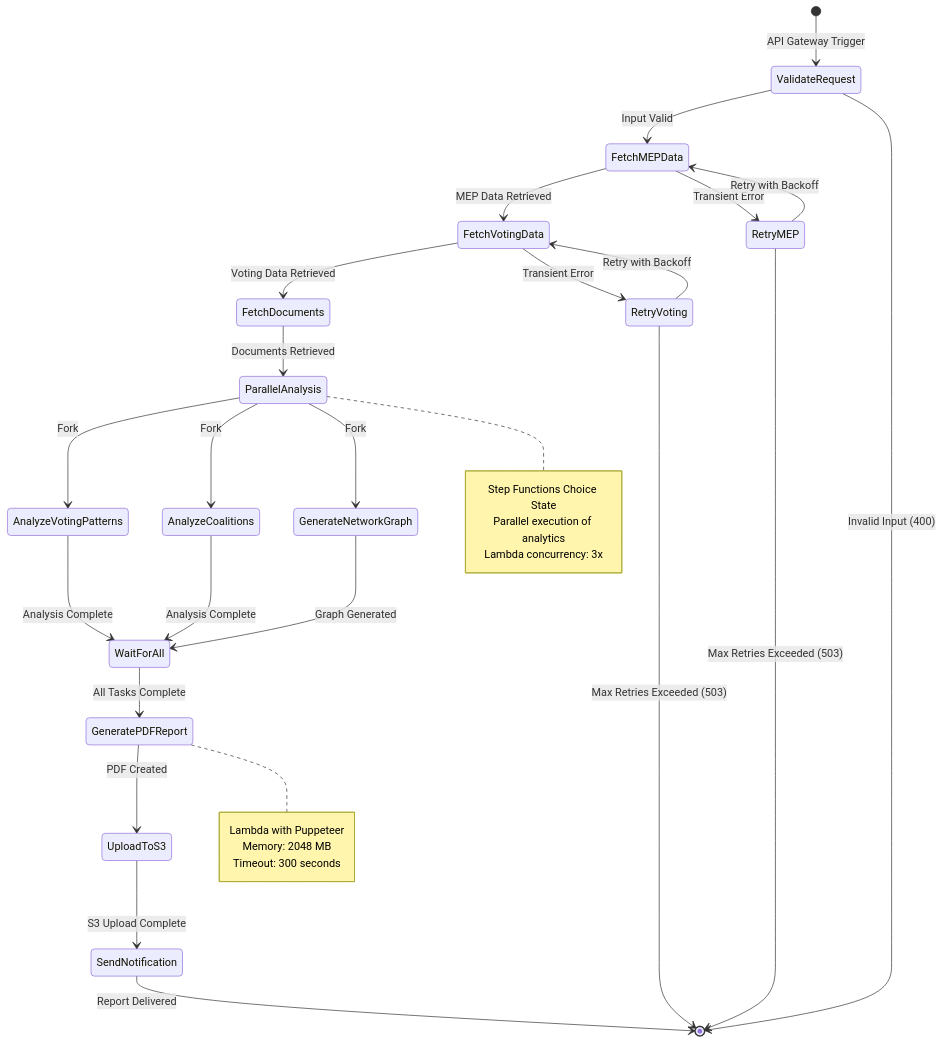
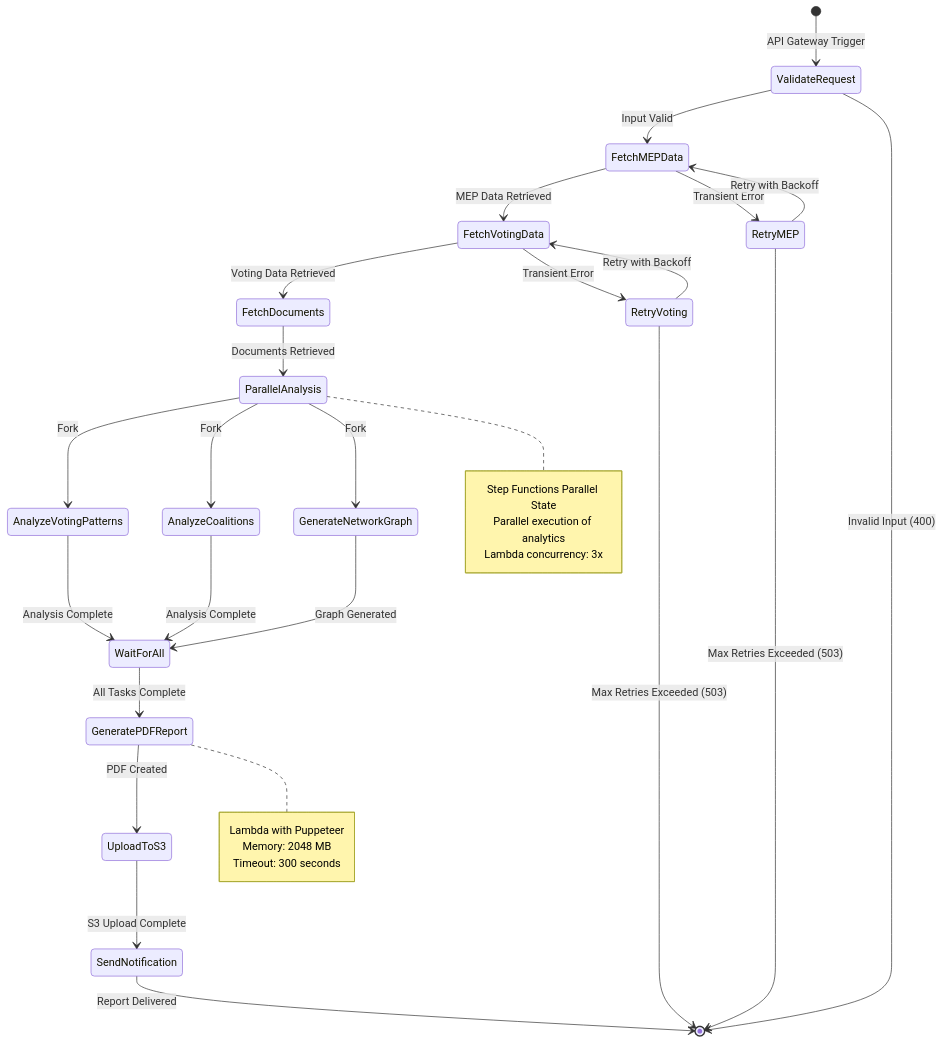
One commit to Hack23/European-Parliament-MCP-Server changed the ninth of 9 diagrams in FUTURE_FLOWCHART.md. Above: the diagram before and after it, drawn with Mermaid. The commit also changed 1 other file, not shown here.

Commit message:
docs: fix Zod schema and Step Functions state type in FUTURE_*.md
- FUTURE_DATA_MODEL.md: make `group` optional and add .refine() to
  ensure at least one of group/politicalGroup is present, so the
  backward-compat .transform() is reachable when only the deprecated
  field is supplied
- FUTURE_FLOWCHART.md: correct note label from 'Step Functions Choice
  State' to 'Step Functions Parallel State' to match the Parallel
  state type used in both the Mermaid diagram and the JSON definition

````diff
--- a/FUTURE_FLOWCHART.md
+++ b/FUTURE_FLOWCHART.md
@@ -394,43 +394,43 @@
 ```mermaid
 stateDiagram-v2
     [*] --> ValidateRequest: API Gateway Trigger
     ValidateRequest --> FetchMEPData: Input Valid
     ValidateRequest --> [*]: Invalid Input (400)
     
     FetchMEPData --> FetchVotingData: MEP Data Retrieved
     FetchMEPData --> RetryMEP: Transient Error
     RetryMEP --> FetchMEPData: Retry with Backoff
     RetryMEP --> [*]: Max Retries Exceeded (503)
     
     FetchVotingData --> FetchDocuments: Voting Data Retrieved
     FetchVotingData --> RetryVoting: Transient Error
     RetryVoting --> FetchVotingData: Retry with Backoff
     RetryVoting --> [*]: Max Retries Exceeded (503)
     
     FetchDocuments --> ParallelAnalysis: Documents Retrieved
     
     ParallelAnalysis --> AnalyzeVotingPatterns: Fork
     ParallelAnalysis --> AnalyzeCoalitions: Fork
     ParallelAnalysis --> GenerateNetworkGraph: Fork
     
     AnalyzeVotingPatterns --> WaitForAll: Analysis Complete
     AnalyzeCoalitions --> WaitForAll: Analysis Complete
     GenerateNetworkGraph --> WaitForAll: Graph Generated
     
     WaitForAll --> GeneratePDFReport: All Tasks Complete
     GeneratePDFReport --> UploadToS3: PDF Created
     UploadToS3 --> SendNotification: S3 Upload Complete
     SendNotification --> [*]: Report Delivered
     
     note right of ParallelAnalysis
-        Step Functions Choice State
+        Step Functions Parallel State
         Parallel execution of analytics
         Lambda concurrency: 3x
     end note
     
     note right of GeneratePDFReport
         Lambda with Puppeteer
         Memory: 2048 MB
         Timeout: 300 seconds
     end note
 ```
````
